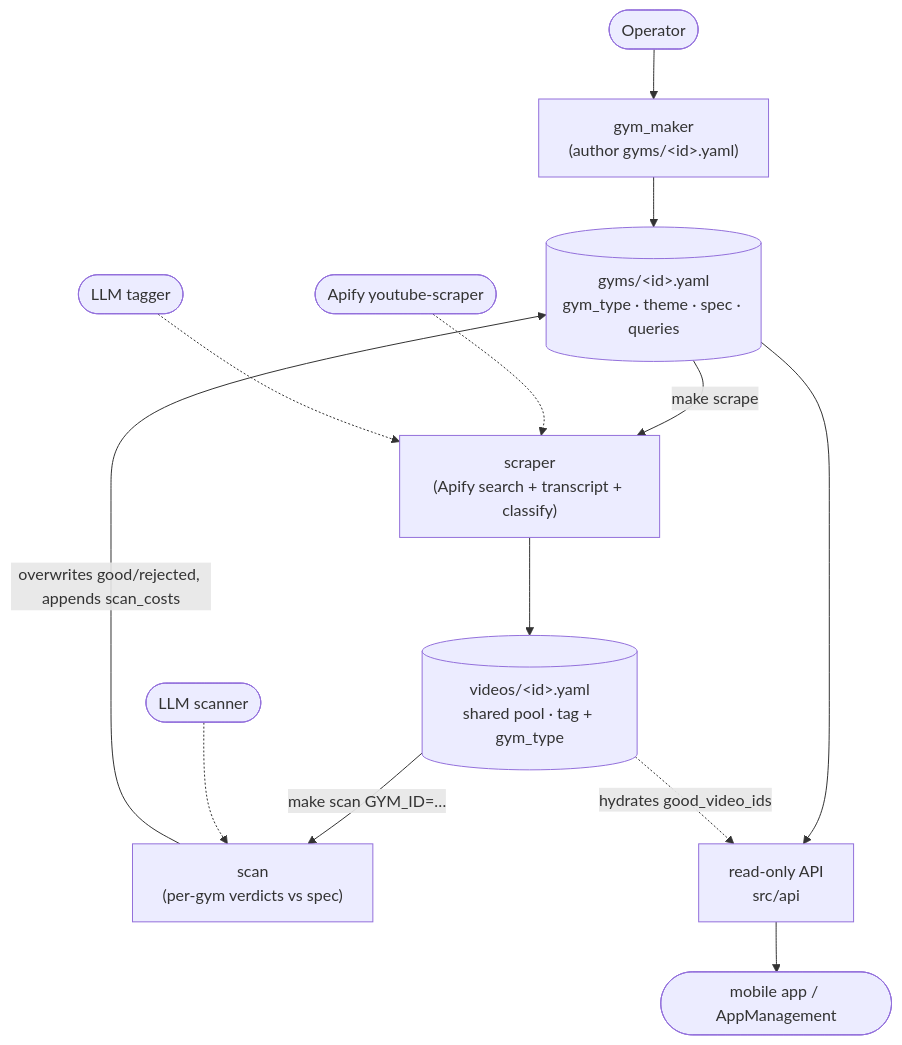
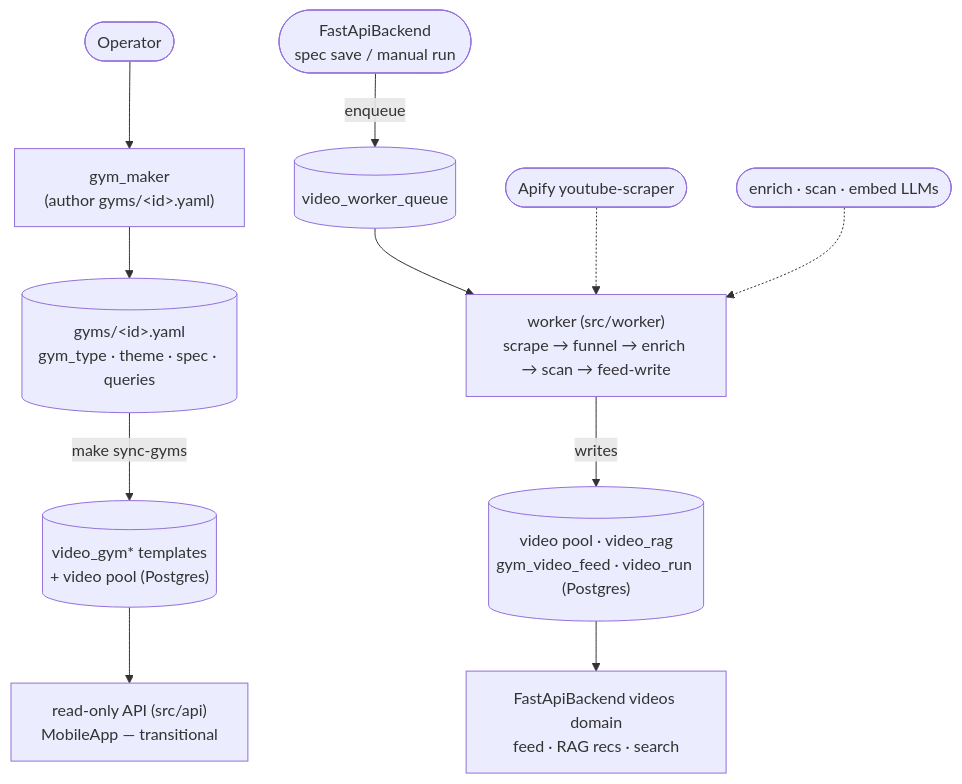
Before and after one commit to jesse51002/CombatDen: the diagram in VideoService/README.md, drawn with Mermaid. The commit also changed other lines of this file and 146 other files, not shown here.

First line of the commit message:
Video worker + RAG recommendations + multi-step query gen

````diff
--- a/VideoService/README.md
+++ b/VideoService/README.md
@@ -80,18 +85,15 @@
 ```mermaid
 flowchart TD
     human(["Operator"]) --> maker["gym_maker<br/>(author gyms/&lt;id&gt;.yaml)"]
     maker --> gym[("gyms/&lt;id&gt;.yaml<br/>gym_type · theme · spec · queries")]
+    gym -->|make sync-gyms| tmpl[("video_gym* templates<br/>+ video pool (Postgres)")]
 
-    gym -->|make scrape| scraper["scraper<br/>(Apify search + transcript + classify)"]
-    apify(["Apify youtube-scraper"]) -.-> scraper
-    llm1(["LLM tagger"]) -.-> scraper
-    scraper --> pool[("videos/&lt;id&gt;.yaml<br/>shared pool · tag + gym_type")]
+    backend(["FastApiBackend<br/>spec save / manual run"]) -->|enqueue| queue[("video_worker_queue")]
+    queue --> worker["worker (src/worker)<br/>scrape → funnel → enrich → scan → feed-write"]
+    apify(["Apify youtube-scraper"]) -.-> worker
+    llm(["enrich · scan · embed LLMs"]) -.-> worker
+    worker -->|writes| real[("video pool · video_rag<br/>gym_video_feed · video_run (Postgres)")]
 
-    pool -->|make scan GYM_ID=…| scan["scan<br/>(per-gym verdicts vs spec)"]
-    llm2(["LLM scanner"]) -.-> scan
-    scan -->|overwrites good/rejected, appends scan_costs| gym
-
-    gym --> api["read-only API<br/>src/api"]
-    pool -.->|hydrates good_video_ids| api
-    api --> clients(["mobile app / AppManagement"])
+    tmpl --> api["read-only API (src/api)<br/>MobileApp — transitional"]
+    real --> fb["FastApiBackend videos domain<br/>feed · RAG recs · search"]
 ```
````
